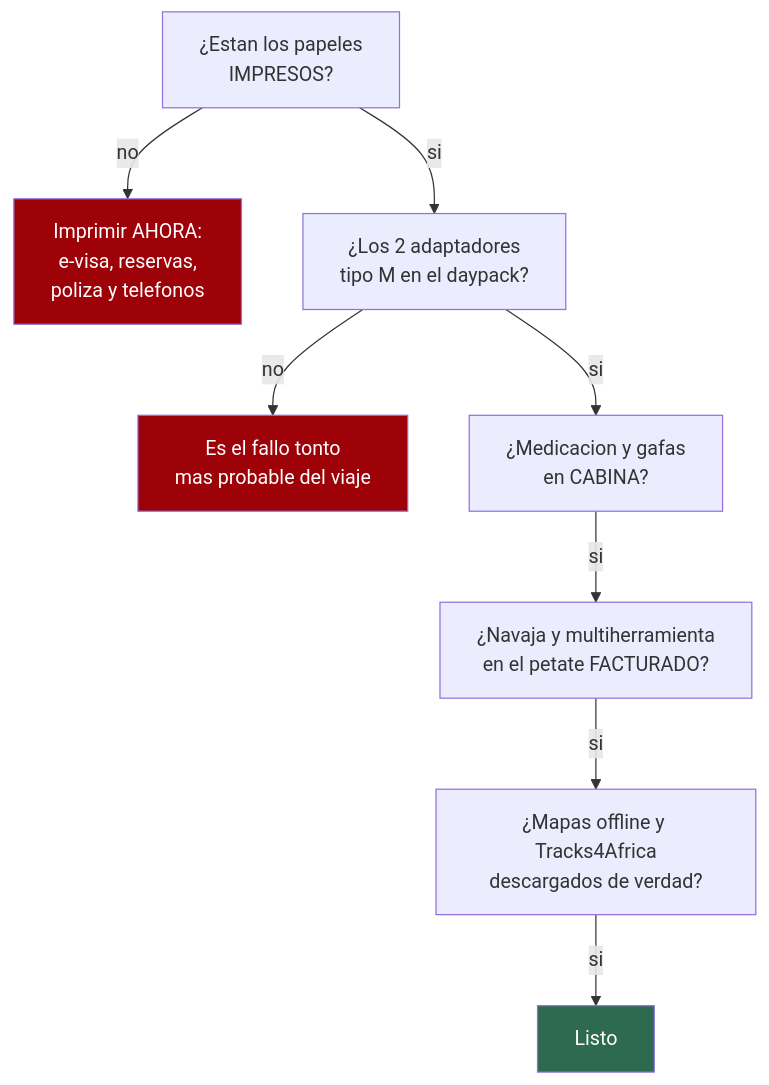
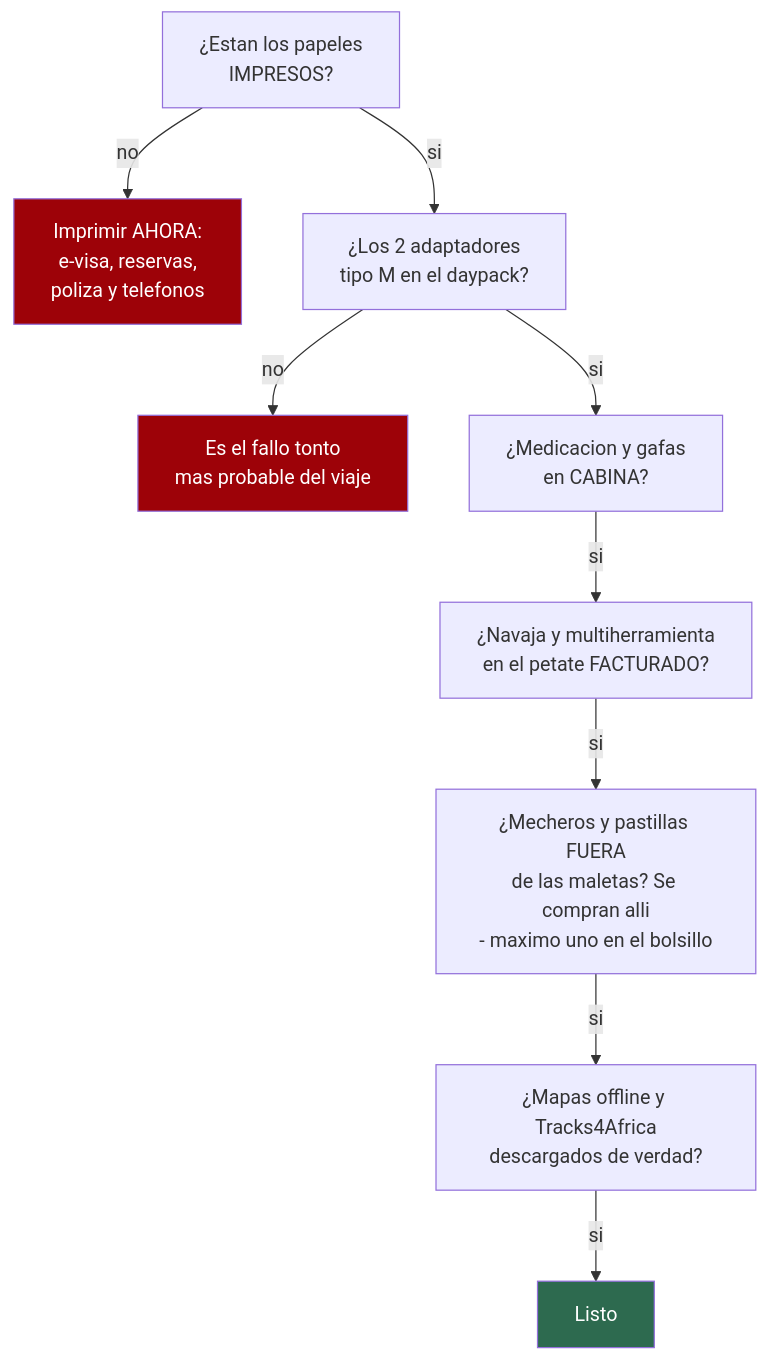
Before and after one commit to morandeirachema/namibia: the second of 2 diagrams in 17-lista-de-equipaje.md, drawn with Mermaid. The commit also changed other lines of this file, not shown here.

````diff
--- a/17-lista-de-equipaje.md
+++ b/17-lista-de-equipaje.md
@@ -463,13 +470,14 @@
 ```mermaid
 flowchart TD
     A["¿Estan los papeles<br/>IMPRESOS?"] -->|"no"| A1["Imprimir AHORA:<br/>e-visa, reservas,<br/>poliza y telefonos"]
     A -->|"si"| B["¿Los 2 adaptadores<br/>tipo M en el daypack?"]
     B -->|"no"| B1["Es el fallo tonto<br/>mas probable del viaje"]
     B -->|"si"| C["¿Medicacion y gafas<br/>en CABINA?"]
     C -->|"si"| D["¿Navaja y multiherramienta<br/>en el petate FACTURADO?"]
-    D -->|"si"| E["¿Mapas offline y Tracks4Africa<br/>descargados de verdad?"]
+    D -->|"si"| D2["¿Mecheros y pastillas FUERA<br/>de las maletas? Se compran alli<br/>- maximo uno en el bolsillo"]
+    D2 -->|"si"| E["¿Mapas offline y Tracks4Africa<br/>descargados de verdad?"]
     E -->|"si"| F["Listo"]
     style A1 fill:#9d0208,color:#fff
     style B1 fill:#9d0208,color:#fff
     style F fill:#2d6a4f,color:#fff
 ```
````
